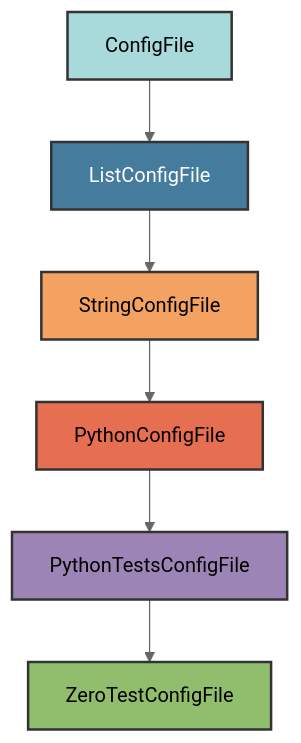
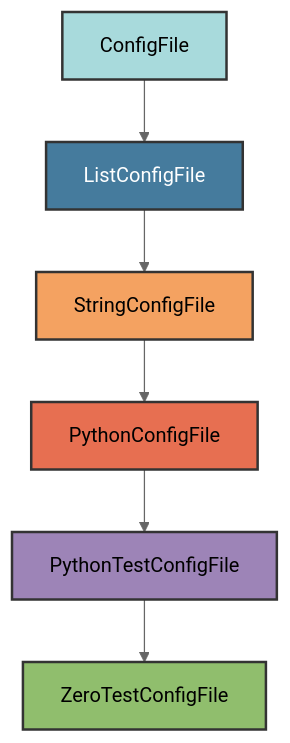
The diagram in docs/configs/test_zero.md (Winipedia/pyrig), drawn with Mermaid (neutral theme) before and after one commit. The commit also changed other lines of this file and 75 other files, not shown here.

````diff
--- a/docs/configs/test_zero.md
+++ b/docs/configs/test_zero.md
@@ -16,15 +16,15 @@
 ```mermaid
 graph TD
     A[ConfigFile] --> B[ListConfigFile]
     B --> C[StringConfigFile]
     C --> D[PythonConfigFile]
-    D --> E[PythonTestsConfigFile]
+    D --> E[PythonTestConfigFile]
     E --> F[ZeroTestConfigFile]
 
     style A fill:#a8dadc,stroke:#333,stroke-width:2px,color:#000
     style B fill:#457b9d,stroke:#333,stroke-width:2px,color:#fff
     style C fill:#f4a261,stroke:#333,stroke-width:2px,color:#000
     style D fill:#e76f51,stroke:#333,stroke-width:2px,color:#000
     style E fill:#9d84b7,stroke:#333,stroke-width:2px,color:#000
     style F fill:#90be6d,stroke:#333,stroke-width:2px,color:#000
 ```
````
